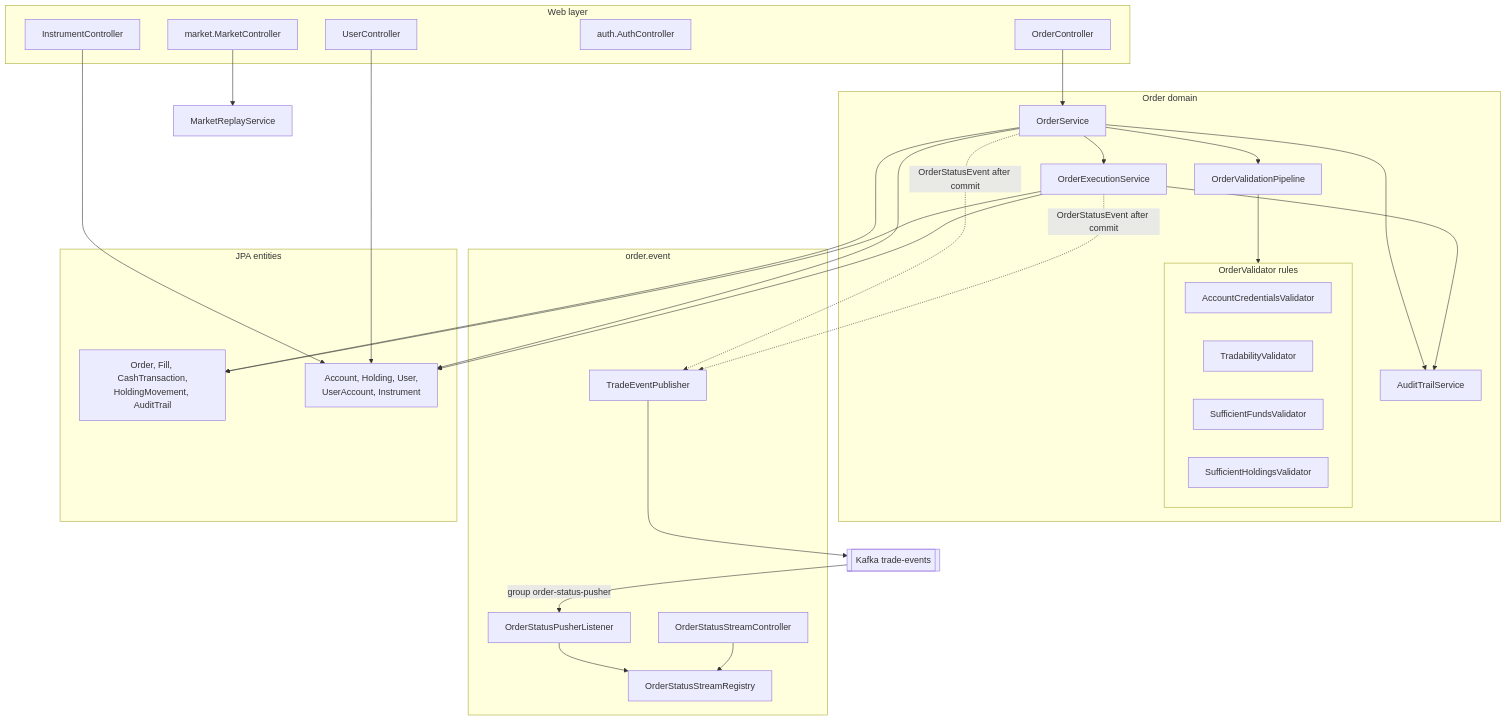
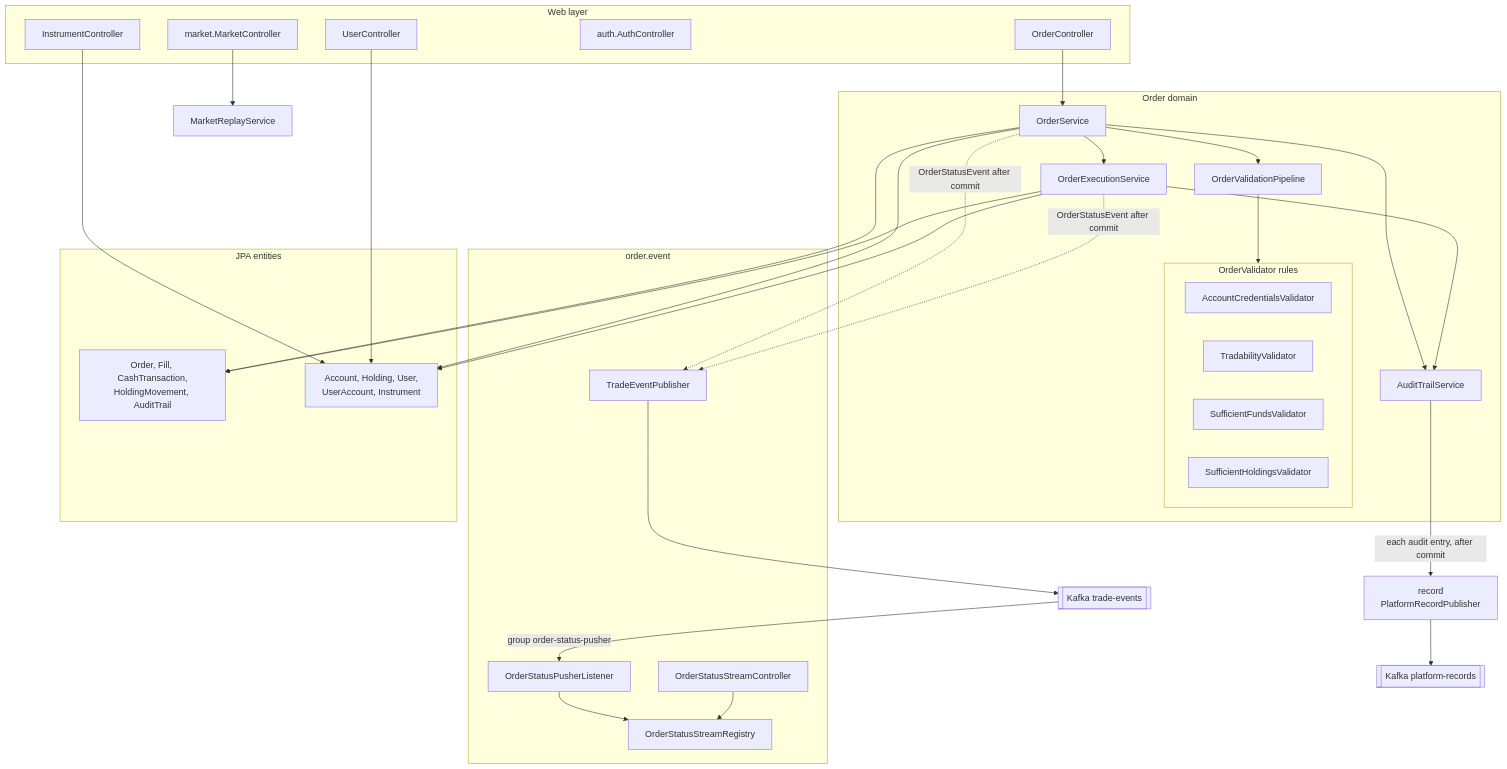
Before and after one commit to seankcheema/trading-season: the first of 3 diagrams in apps/order-and-sell-service/README.md, drawn with Mermaid. The commit also changed other lines of this file and 553 other files, not shown here.

````diff
--- a/apps/order-and-sell-service/README.md
+++ b/apps/order-and-sell-service/README.md
@@ -40,52 +41,55 @@
 ```mermaid
 flowchart TB
     subgraph Web["Web layer"]
         OC[OrderController]
         IC[InstrumentController]
         UC[UserController]
         AC[auth.AuthController]
         MC[market.MarketController]
     end
     subgraph Domain["Order domain"]
         OS[OrderService]
         VP[OrderValidationPipeline]
         subgraph Rules["OrderValidator rules"]
             V1[AccountCredentialsValidator]
             V2[TradabilityValidator]
             V3[SufficientFundsValidator]
             V4[SufficientHoldingsValidator]
         end
         OE[OrderExecutionService]
         AT[AuditTrailService]
     end
     subgraph Events["order.event"]
         TP[TradeEventPublisher]
         PL[OrderStatusPusherListener]
         SR[OrderStatusStreamRegistry]
         SC[OrderStatusStreamController]
     end
+    PR["record<br/>PlatformRecordPublisher"]
     K[["Kafka trade-events"]]
+    R[["Kafka platform-records"]]
+    AT -- "each audit entry, after commit" --> PR --> R
     subgraph Data["JPA entities"]
         E1["Order, Fill, CashTransaction,<br/>HoldingMovement, AuditTrail"]
         E2["Account, Holding, User,<br/>UserAccount, Instrument"]
     end
     OC --> OS
     OS --> VP
     VP --> Rules
     OS --> OE
     OS --> AT
     OE --> AT
     OS --> E1
     OE --> E1
     OS --> E2
     OE --> E2
     IC --> E2
     UC --> E2
     MC --> MR[MarketReplayService]
     OS -. "OrderStatusEvent after commit" .-> TP
     OE -. "OrderStatusEvent after commit" .-> TP
     TP --> K
     K -- "group order-status-pusher" --> PL
     PL --> SR
     SC --> SR
 ```
````
